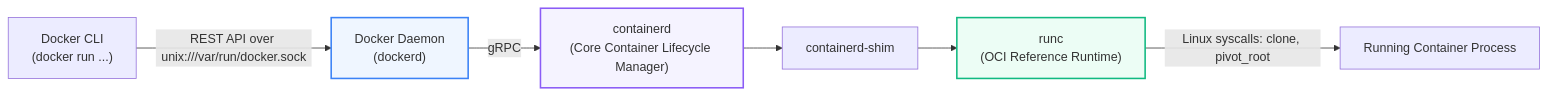
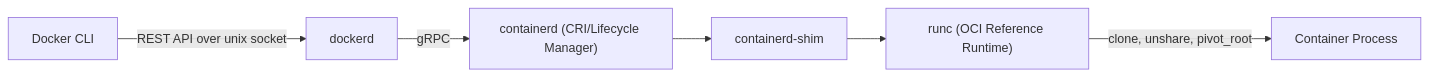
One commit to PandeyKishan/Study-Notes changed the fourth of 4 diagrams in 01-Docker/01-Core-Concepts-and-Architecture.md. Above: the diagram before and after it, drawn with Mermaid. The commit also changed other lines of this file and 38 other files, not shown here.

````diff
--- a/01-Docker/01-Core-Concepts-and-Architecture.md
+++ b/01-Docker/01-Core-Concepts-and-Architecture.md
@@ -137,12 +111,8 @@
 ```mermaid
 flowchart LR
-    CLI["Docker CLI\n(docker run ...)"] -->|REST API over unix:///var/run/docker.sock| Daemon["Docker Daemon\n(dockerd)"]
-    Daemon -->|gRPC| Containerd["containerd\n(Core Container Lifecycle Manager)"]
+    CLI["Docker CLI"] -->|REST API over unix socket| Daemon["dockerd"]
+    Daemon -->|gRPC| Containerd["containerd (CRI/Lifecycle Manager)"]
     Containerd --> Shim["containerd-shim"]
-    Shim --> Runc["runc\n(OCI Reference Runtime)"]
-    Runc -->|Linux syscalls: clone, pivot_root| ContainerProcess["Running Container Process"]
-
-    style Daemon fill:#eff6ff,stroke:#3b82f6,stroke-width:2px
-    style Containerd fill:#f5f3ff,stroke:#8b5cf6,stroke-width:2px
-    style Runc fill:#ecfdf5,stroke:#10b981,stroke-width:2px
+    Shim --> Runc["runc (OCI Reference Runtime)"]
+    Runc -->|clone, unshare, pivot_root| ContainerProcess["Container Process"]
 ```
````
